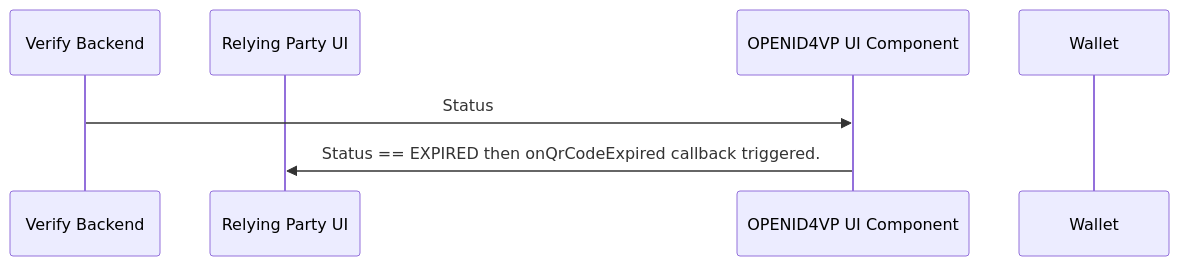
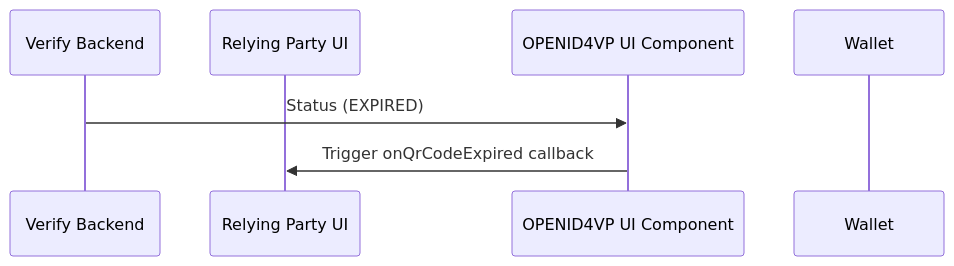
One commit to mosip/documentation changed the fourth of 5 diagrams in docs/inji-verify/functional-overview/workflow.md. Above: the diagram before and after it, drawn with Mermaid. The commit also changed other lines of this file, not shown here.

````diff
--- a/docs/inji-verify/functional-overview/workflow.md
+++ b/docs/inji-verify/functional-overview/workflow.md
@@ -253,11 +253,10 @@
 ```mermaid
 sequenceDiagram
-    participant Verify Backend
-    participant Relying Party UI
-    participant OPENID4VP UI Component
-    participant Wallet
+  participant Verify Backend
+  participant Relying Party UI
+  participant OPENID4VP UI Component
+  participant Wallet
 
-
-    Verify Backend->>OPENID4VP UI Component: Status
-    OPENID4VP UI Component->>Relying Party UI: Status == EXPIRED then onQrCodeExpired callback triggered.
+  Verify Backend->>OPENID4VP UI Component: Status (EXPIRED)
+  OPENID4VP UI Component->>Relying Party UI: Trigger onQrCodeExpired callback
 ```
````
